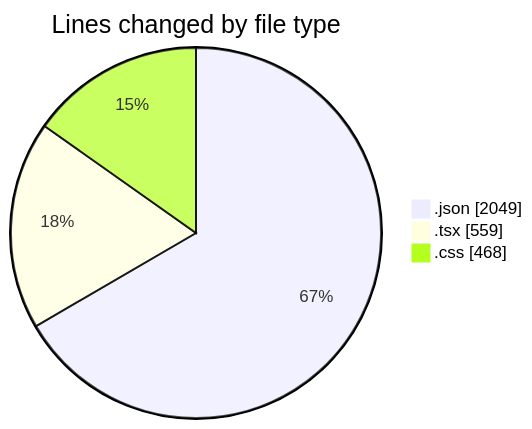
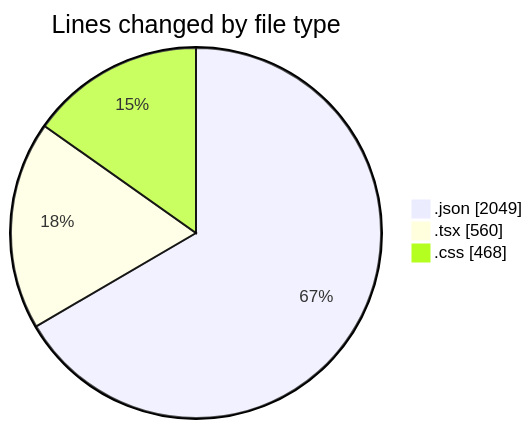
One commit to EIIisD/code-tracking changed the first of 2 diagrams in 2025-08-14/ribbon/README.md. Above: the diagram before and after it, drawn with Mermaid. The commit also changed other lines of this file and 1 other file, not shown here.

````diff
--- a/2025-08-14/ribbon/README.md
+++ b/2025-08-14/ribbon/README.md
@@ -27,7 +27,7 @@
 ```mermaid
 pie showData
 title Lines changed by file type
 ".json" : 2049
-".tsx" : 559
+".tsx" : 560
 ".css" : 468
 ```
````
